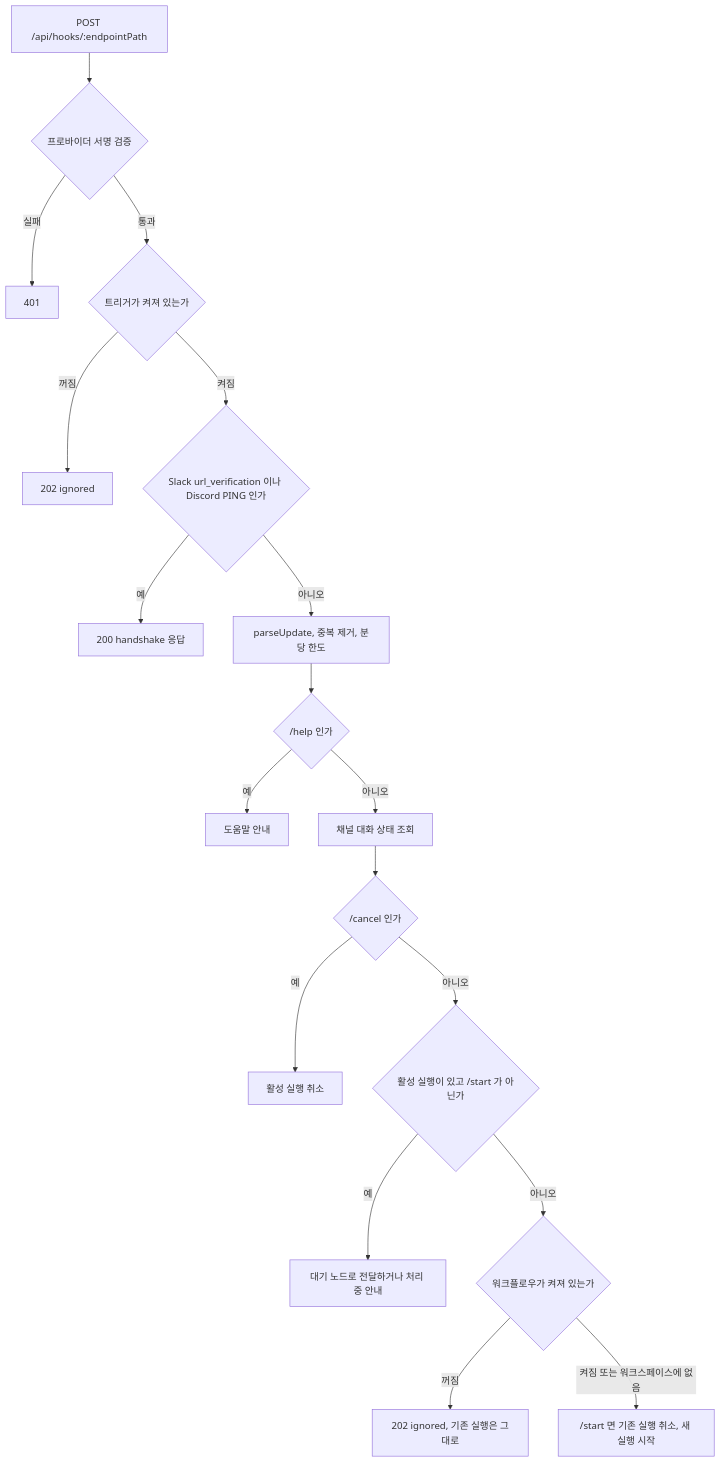
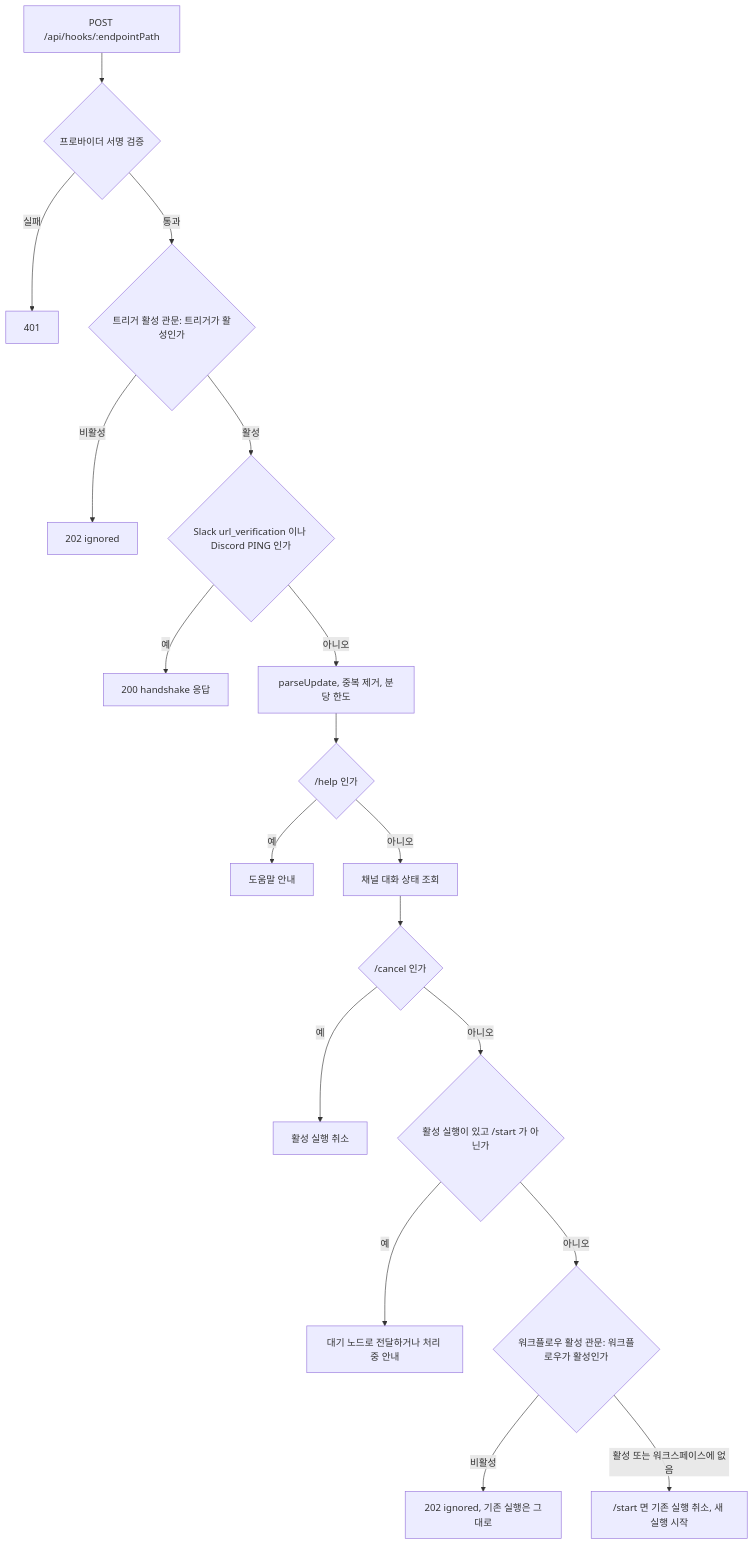
The second of 3 diagrams in spec/CLE-CHAT/CLE-CHAT-CORE.md (worker-ants/clemvion), drawn with Mermaid before and after one commit. The commit also changed other lines of this file and 13 other files, not shown here.

````diff
--- a/spec/CLE-CHAT/CLE-CHAT-CORE.md
+++ b/spec/CLE-CHAT/CLE-CHAT-CORE.md
@@ -205,20 +205,20 @@
 ```mermaid
 flowchart TD
   A["POST /api/hooks/:endpointPath"] --> B{"프로바이더 서명 검증"}
   B -- "실패" --> R401["401"]
-  B -- "통과" --> C{"트리거가 켜져 있는가"}
-  C -- "꺼짐" --> I1["202 ignored"]
-  C -- "켜짐" --> D{"Slack url_verification 이나 Discord PING 인가"}
+  B -- "통과" --> C{"트리거 활성 관문: 트리거가 활성인가"}
+  C -- "비활성" --> I1["202 ignored"]
+  C -- "활성" --> D{"Slack url_verification 이나 Discord PING 인가"}
   D -- "예" --> HS["200 handshake 응답"]
   D -- "아니오" --> P["parseUpdate, 중복 제거, 분당 한도"]
   P --> H{"/help 인가"}
   H -- "예" --> HELP["도움말 안내"]
   H -- "아니오" --> L["채널 대화 상태 조회"]
   L --> X{"/cancel 인가"}
   X -- "예" --> CAN["활성 실행 취소"]
   X -- "아니오" --> M{"활성 실행이 있고 /start 가 아닌가"}
   M -- "예" --> FW["대기 노드로 전달하거나 처리 중 안내"]
-  M -- "아니오" --> W{"워크플로우가 켜져 있는가"}
-  W -- "꺼짐" --> I2["202 ignored, 기존 실행은 그대로"]
-  W -- "켜짐 또는 워크스페이스에 없음" --> S["/start 면 기존 실행 취소, 새 실행 시작"]
+  M -- "아니오" --> W{"워크플로우 활성 관문: 워크플로우가 활성인가"}
+  W -- "비활성" --> I2["202 ignored, 기존 실행은 그대로"]
+  W -- "활성 또는 워크스페이스에 없음" --> S["/start 면 기존 실행 취소, 새 실행 시작"]
 ```
````
